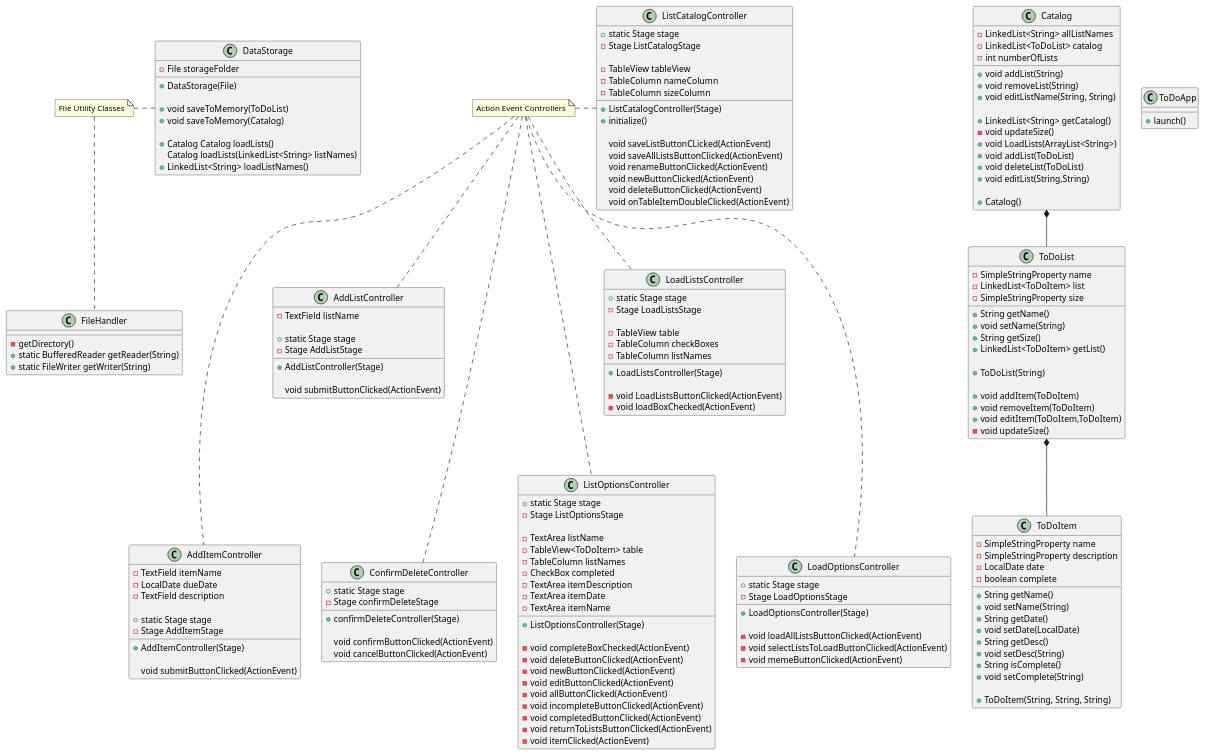
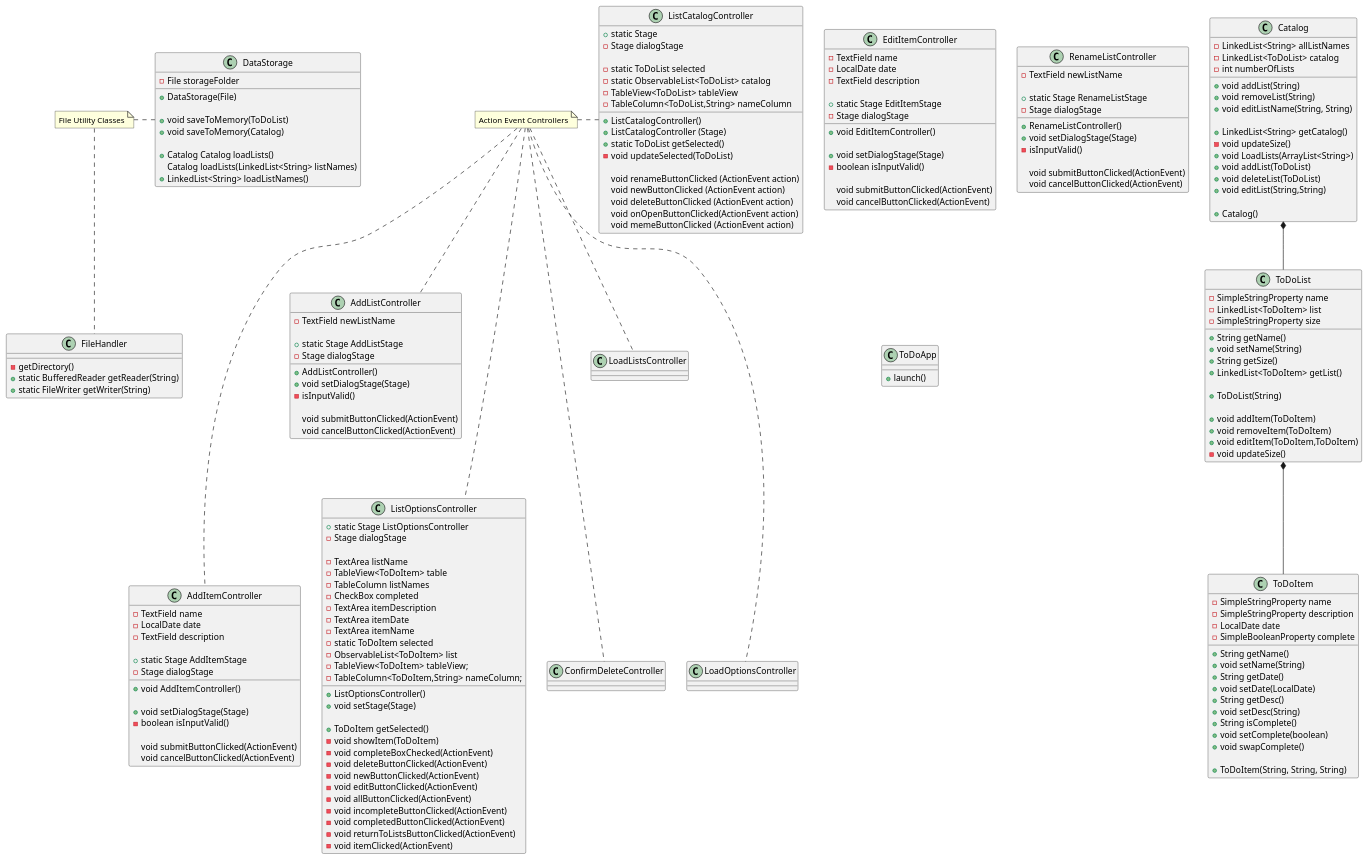
The diagram in uml/ClassDiagram.puml (G00SE-Y/woollet-cop3330-assignment4part2), drawn with PlantUML before and after one commit. The commit also changed 3 other files, not shown here.

```diff
--- a/uml/ClassDiagram.puml
+++ b/uml/ClassDiagram.puml
@@ -2,61 +2,91 @@
 'https://plantuml.com/class-diagram
 
 class AddItemController {
--TextField itemName
--LocalDate dueDate
+-TextField name
+-LocalDate date
 -TextField description
 
-+static Stage stage
--Stage AddItemStage
++static Stage AddItemStage
+-Stage dialogStage
 
-+AddItemController(Stage)
++void AddItemController()
+
++void setDialogStage(Stage)
+-boolean isInputValid()
 
 void submitButtonClicked(ActionEvent)
+void cancelButtonClicked(ActionEvent)
+}
+
+class EditItemController {
+-TextField name
+-LocalDate date
+-TextField description
+
++static Stage EditItemStage
+-Stage dialogStage
+
++void EditItemController()
+
++void setDialogStage(Stage)
+-boolean isInputValid()
+
+void submitButtonClicked(ActionEvent)
+void cancelButtonClicked(ActionEvent)
 }
 
 class AddListController {
--TextField listName
+-TextField newListName
 
-+static Stage stage
--Stage AddListStage
++static Stage AddListStage
+-Stage dialogStage
 
-+AddListController(Stage)
++AddListController()
++void setDialogStage(Stage)
+-isInputValid()
 
 void submitButtonClicked(ActionEvent)
+void cancelButtonClicked(ActionEvent)
 }
 
-class ConfirmDeleteController {
-+static Stage stage
--Stage confirmDeleteStage
+class RenameListController {
+-TextField newListName
 
-+confirmDeleteController(Stage)
++static Stage RenameListStage
+-Stage dialogStage
 
-void confirmButtonClicked(ActionEvent)
++RenameListController()
++void setDialogStage(Stage)
+-isInputValid()
+
+void submitButtonClicked(ActionEvent)
 void cancelButtonClicked(ActionEvent)
 }
 
 class ListCatalogController {
-+static Stage stage
--Stage ListCatalogStage
+	+static Stage
+	-Stage dialogStage
 
--TableView tableView
--TableColumn nameColumn
--TableColumn sizeColumn
+	-static ToDoList selected
+	-static ObservableList<ToDoList> catalog
+    -TableView<ToDoList> tableView
+    -TableColumn<ToDoList,String> nameColumn
 
-+ListCatalogController(Stage)
-+initialize()
+	+ListCatalogController()
+	+ListCatalogController (Stage)
+	+static ToDoList getSelected()
+	-void updateSelected(ToDoList)
 
-void saveListButtonCLicked(ActionEvent)
-void saveAllListsButtonClicked(ActionEvent)
-void renameButtonClicked(ActionEvent)
-void newButtonClicked(ActionEvent)
-void deleteButtonClicked(ActionEvent)
-void onTableItemDoubleClicked(ActionEvent)
+	void renameButtonClicked (ActionEvent action)
+	void newButtonClicked (ActionEvent action)
+	void deleteButtonClicked (ActionEvent action)
+	void onOpenButtonClicked(ActionEvent action)
+	void memeButtonClicked (ActionEvent action)
 }
 
 class ListOptionsController {
-+static Stage stage
--Stage ListOptionsStage
++static Stage ListOptionsController
+-Stage dialogStage
 
 -TextArea listName
 -TableView<ToDoItem> table
@@ -65,9 +95,16 @@
 -TextArea itemDescription
 -TextArea itemDate
 -TextArea itemName
+-static ToDoItem selected
+-ObservableList<ToDoItem> list
+-TableView<ToDoItem> tableView;
+-TableColumn<ToDoItem,String> nameColumn;
 
-+ListOptionsController(Stage)
++ListOptionsController()
++void setStage(Stage)
 
++ToDoItem getSelected()
+-void showItem(ToDoItem)
 -void completeBoxChecked(ActionEvent)
 -void deleteButtonClicked(ActionEvent)
 -void newButtonClicked(ActionEvent)
@@ -79,36 +116,11 @@
 -void itemClicked(ActionEvent)
 }
 
-class LoadListsController {
-+static Stage stage
--Stage LoadListsStage
-
--TableView table
--TableColumn checkBoxes
--TableColumn listNames
-
-+LoadListsController(Stage)
-
--void LoadListsButtonClicked(ActionEvent)
--void loadBoxChecked(ActionEvent)
-}
-
-class LoadOptionsController {
-+static Stage stage
--Stage LoadOptionsStage
-
-+LoadOptionsController(Stage)
-
--void loadAllListsButtonClicked(ActionEvent)
--void selectListsToLoadButtonClicked(ActionEvent)
--void memeButtonClicked(ActionEvent)
-}
-
 class ToDoItem {
 -SimpleStringProperty name
 -SimpleStringProperty description
 -LocalDate date
--boolean complete
+-SimpleBooleanProperty complete
 
 +String getName()
 +void setName(String)
@@ -117,7 +129,8 @@
 +String getDesc()
 +void setDesc(String)
 +String isComplete()
-+void setComplete(String)
++void setComplete(boolean)
++void swapComplete()
 
 +ToDoItem(String, String, String)
 }
```
